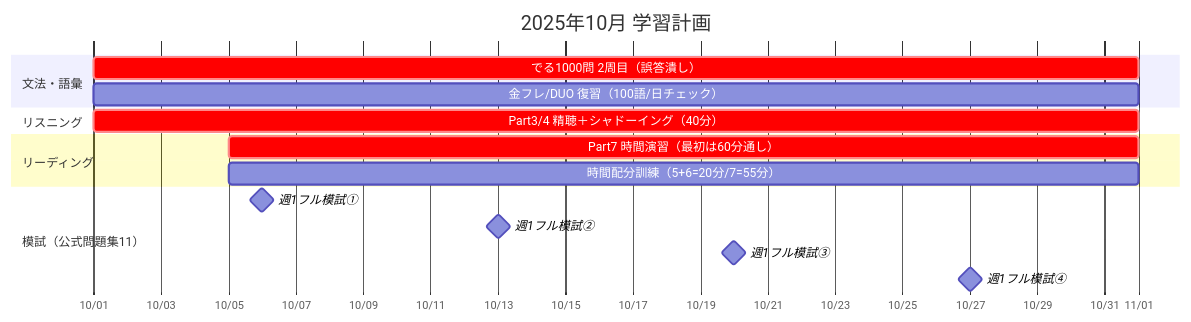
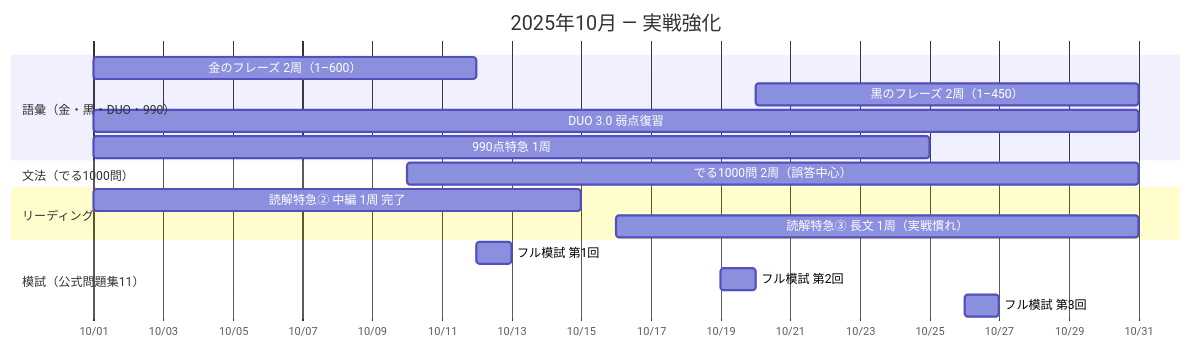
The third of 5 diagrams in english/toeic/roadmap-2025.md (hellomyzn/TIL), drawn with Mermaid before and after one commit. The commit also changed other lines of this file, not shown here.

Commit message:
update: toeic roadmap

````diff
--- a/english/toeic/roadmap-2025.md
+++ b/english/toeic/roadmap-2025.md
@@ -87,24 +76,24 @@
 ```mermaid
 gantt
-  title 2025年10月 学習計画
-  dateFormat  YYYY-MM-DD
-  axisFormat  %m/%d
+    title 2025年10月 — 実戦強化
+    dateFormat  YYYY-MM-DD
+    axisFormat  %m/%d
 
-  section 文法・語彙
-  でる1000問 2周目（誤答潰し）         :crit, c1, 2025-10-01, 31d
-  金フレ/DUO 復習（100語/日チェック）   :c2, 2025-10-01, 31d
+    section 語彙（金・黒・DUO・990）
+    金のフレーズ 2周（1–600）      :vocab2, 2025-10-01, 2025-10-12
+    黒のフレーズ 2周（1–450）      :bk2,    2025-10-20, 2025-10-31
+    DUO 3.0 弱点復習                :duo2,   2025-10-01, 2025-10-31
+    990点特急 1周                   :nine1,  2025-10-01, 2025-10-25
 
-  section リスニング
-  Part3/4 精聴＋シャドーイング（40分）  :crit, c3, 2025-10-01, 31d
+    section 文法（でる1000問）
+    でる1000問 2周（誤答中心）     :gram2,  2025-10-10, 2025-10-31
 
-  section リーディング
-  Part7 時間演習（最初は60分通し）      :crit, c4, 2025-10-05, 27d
-  時間配分訓練（5+6=20分/7=55分）       :c5, 2025-10-05, 27d
+    section リーディング
+    読解特急② 中編 1周 完了         :rd2,    2025-10-01, 2025-10-15
+    読解特急③ 長文 1周（実戦慣れ） :rd3,    2025-10-16, 2025-10-31
 
-  section 模試（公式問題集11）
-  週1フル模試①                          :milestone, 2025-10-06, 0d
-  週1フル模試②                          :milestone, 2025-10-13, 0d
-  週1フル模試③                          :milestone, 2025-10-20, 0d
-  週1フル模試④                          :milestone, 2025-10-27, 0d
-
+    section 模試（公式問題集11）
+    フル模試 第1回                  :m1,     2025-10-12, 1d
+    フル模試 第2回                  :m2,     2025-10-19, 1d
+    フル模試 第3回                  :m3,     2025-10-26, 1d
 ```
````
